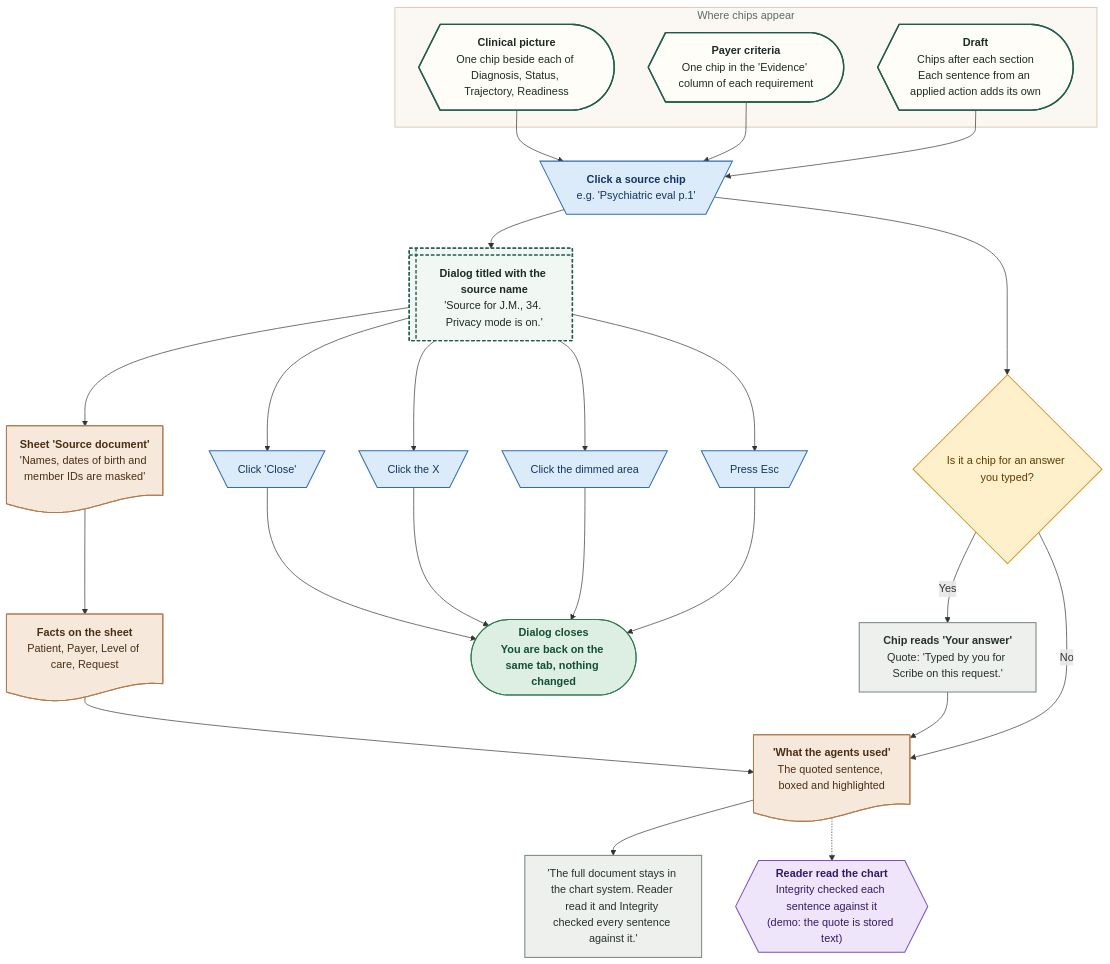
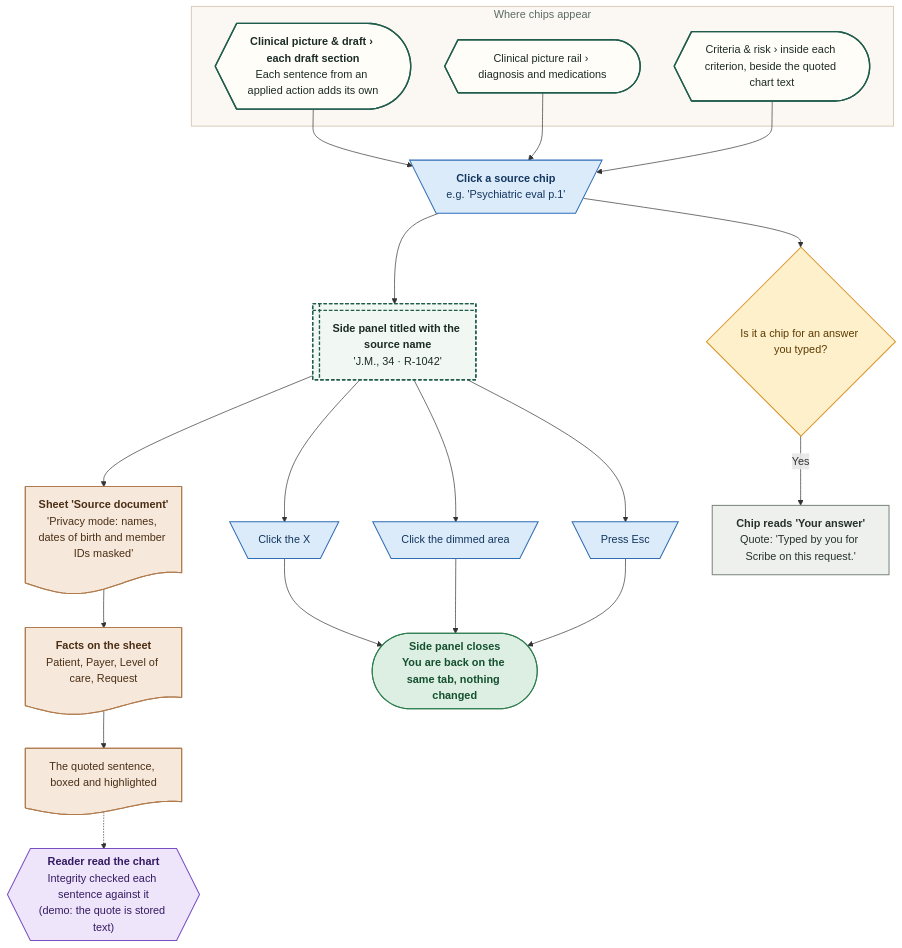
Before and after one commit to Shrav143/psyfloapp: diagram 25 of 34 in demos/prior-auth-demo/workflows/out/md/03-authorizations.md, drawn with Mermaid. The commit also changed other lines of this file and 202 other files, not shown here.

First line of the commit message:
docs: round 6 README, CONVENTIONS, spec section 17, diagram module blurbs and 336 rebuilt diagrams

````diff
--- a/demos/prior-auth-demo/workflows/out/md/03-authorizations.md
+++ b/demos/prior-auth-demo/workflows/out/md/03-authorizations.md
@@ -2008,61 +2002,56 @@
 ```mermaid
 %%{init: {"theme":"base","themeVariables":{"fontFamily":"'DM Sans', 'Segoe UI', system-ui, sans-serif","fontSize":"15px","lineColor":"#5B6B63","primaryTextColor":"#1C2B25","clusterBkg":"#FBF8F3","clusterBorder":"#D9CDBB","edgeLabelBackground":"#FFFFFF"},"flowchart":{"curve":"basis","nodeSpacing":36,"rankSpacing":48,"padding":12,"htmlLabels":true,"useMaxWidth":false,"wrappingWidth":230}} }%%
 flowchart TD
   classDef k_start fill:#1F5C4B,stroke:#174638,color:#FFFFFF,stroke-width:1.5px,font-weight:600
   classDef k_end fill:#DDEFE3,stroke:#2E7D4F,color:#14502F,stroke-width:1.5px,font-weight:600
   classDef k_endx fill:#FBE3E0,stroke:#C0392B,color:#7A1F16,stroke-width:1.5px,font-weight:600
   classDef k_screen fill:#FFFDF8,stroke:#1F5C4B,color:#1C2B25,stroke-width:2px
   classDef k_overlay fill:#F1F7F3,stroke:#1F5C4B,color:#1C2B25,stroke-width:2px,stroke-dasharray:5 3
   classDef k_click fill:#DCEBFA,stroke:#2F6DB5,color:#12365F,stroke-width:1.5px
   classDef k_input fill:#E4E7FF,stroke:#4C5FD5,color:#1D2670,stroke-width:1.5px
   classDef k_process fill:#EEF0EE,stroke:#7A857F,color:#26302B,stroke-width:1.5px
   classDef k_agent fill:#EEE5FA,stroke:#7A4FC2,color:#341A63,stroke-width:1.5px
   classDef k_decision fill:#FFF0CC,stroke:#D9962B,color:#5C3B00,stroke-width:1.5px
   classDef k_store fill:#D5F0EA,stroke:#1C8E7B,color:#0B4A3F,stroke-width:1.5px
   classDef k_doc fill:#F6E9DC,stroke:#B07A4C,color:#4A2E14,stroke-width:1.5px
   classDef k_ext fill:#FFE6D2,stroke:#E07B39,color:#6B2F06,stroke-width:1.5px
   classDef k_wait fill:#E4E8EE,stroke:#6B7C93,color:#26303D,stroke-width:1.5px
   classDef k_toast fill:#FFF9DB,stroke:#C9A400,color:#5A4A00,stroke-width:1.5px
   classDef k_goto fill:#FFFFFF,stroke:#1F5C4B,color:#1F5C4B,stroke-width:1.5px,stroke-dasharray:5 3
   subgraph gW ["Where chips appear"]
-  w1@{ shape: curv-trap, label: "<b>Clinical picture</b><br/>One chip beside each of Diagnosis, Status, Trajectory, Readiness" }
-  w2@{ shape: curv-trap, label: "<b>Payer criteria</b><br/>One chip in the 'Evidence' column of each requirement" }
-  w3@{ shape: curv-trap, label: "<b>Draft</b><br/>Chips after each section<br/>Each sentence from an applied action adds its own" }
+  w1@{ shape: curv-trap, label: "<b>Clinical picture & draft › each draft section</b><br/>Each sentence from an applied action adds its own" }
+  w2@{ shape: curv-trap, label: "Clinical picture rail › diagnosis and medications" }
+  w3@{ shape: curv-trap, label: "Criteria & risk › inside each criterion, beside the quoted chart text" }
   end
   c@{ shape: trap-t, label: "<b>Click a source chip</b><br/>e.g. 'Psychiatric eval p.1'" }
-  m@{ shape: win-pane, label: "<b>Dialog titled with the source name</b><br/>'Source for J.M., 34. Privacy mode is on.'" }
-  d1@{ shape: doc, label: "<b>Sheet 'Source document'</b><br/>'Names, dates of birth and member IDs are masked'" }
+  m@{ shape: win-pane, label: "<b>Side panel titled with the source name</b><br/>'J.M., 34 · R-1042'" }
+  d1@{ shape: doc, label: "<b>Sheet 'Source document'</b><br/>'Privacy mode: names, dates of birth and member IDs masked'" }
   d2@{ shape: doc, label: "<b>Facts on the sheet</b><br/>Patient, Payer, Level of care, Request" }
-  d3@{ shape: doc, label: "<b>'What the agents used'</b><br/>The quoted sentence, boxed and highlighted" }
-  ft@{ shape: rect, label: "'The full document stays in the chart system. Reader read it and Integrity checked every sentence against it.'" }
+  d3@{ shape: doc, label: "The quoted sentence, boxed and highlighted" }
   rd@{ shape: hex, label: "<b>Reader read the chart</b><br/>Integrity checked each sentence against it<br/>(demo: the quote is stored text)" }
   dY@{ shape: diam, label: "Is it a chip for an answer you typed?" }
   yo@{ shape: rect, label: "<b>Chip reads 'Your answer'</b><br/>Quote: 'Typed by you for Scribe on this request.'" }
-  cl@{ shape: trap-t, label: "Click 'Close'" }
   x@{ shape: trap-t, label: "Click the X" }
   dim@{ shape: trap-t, label: "Click the dimmed area" }
   esc@{ shape: trap-t, label: "Press Esc" }
-  e@{ shape: stadium, label: "<b>Dialog closes</b><br/>You are back on the same tab, nothing changed" }
+  e@{ shape: stadium, label: "<b>Side panel closes</b><br/>You are back on the same tab, nothing changed" }
   w1 --> c
   w2 --> c
   w3 --> c
-  c --> m --> d1 --> d2 --> d3 --> ft
+  c --> m --> d1 --> d2 --> d3
   d3 -.-> rd
   c --> dY
-  dY -->|"Yes"| yo --> d3
-  dY -->|"No"| d3
-  m --> cl & x & dim & esc
-  cl --> e
-  x --> e
-  dim --> e
-  esc --> e
+  dY -->|"Yes"| yo
+  m --> x --> e
+  m --> dim --> e
+  m --> esc --> e
   class w1,w2,w3 k_screen
-  class c,cl,x,dim,esc k_click
+  class c,x,dim,esc k_click
   class m k_overlay
   class d1,d2,d3 k_doc
-  class ft,yo k_process
   class rd k_agent
   class dY k_decision
+  class yo k_process
   class e k_end
   style gW fill:#FBF8F3,stroke:#D9CDBB,stroke-width:1.5px,color:#5B6B63
 ```
````
